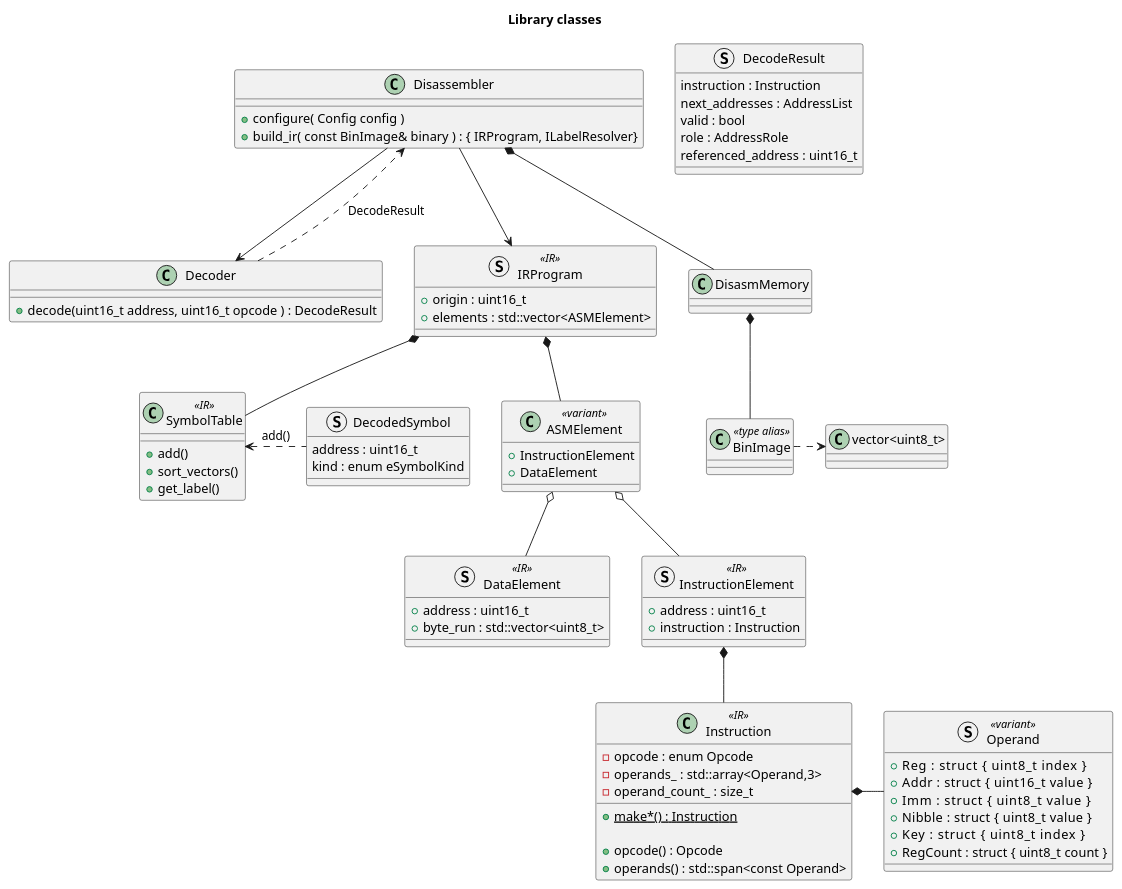
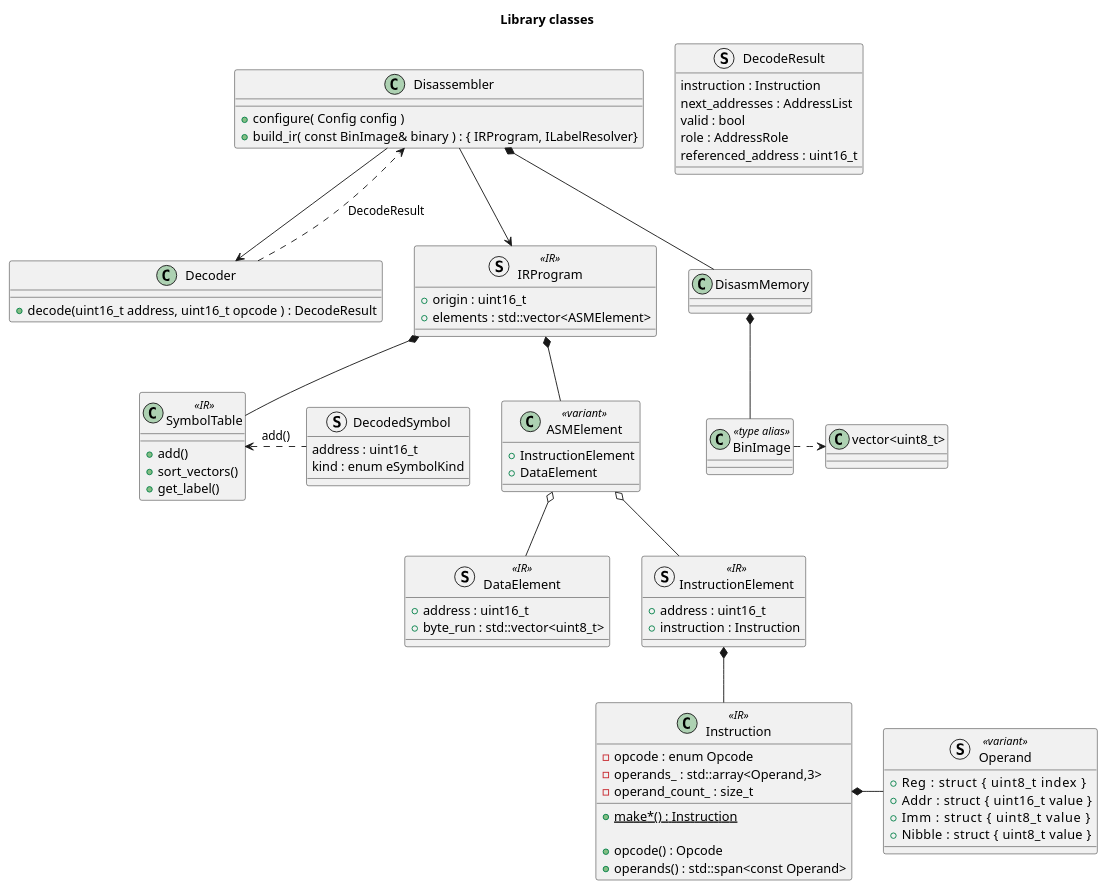
Before and after one commit to alwinl/chip8: the diagram in chip8ir/doc/library_classes.plantuml, drawn with PlantUML.

Commit message:
Key and RegCount are not natural for Chip8

```diff
--- a/chip8ir/doc/library_classes.plantuml
+++ b/chip8ir/doc/library_classes.plantuml
@@ -1,110 +1,108 @@
 @startuml library_classes
 title "Library classes"
 
 struct Operand <<variant>>
 {
 	+Reg      : struct { uint8_t index  }
 	+Addr     : struct { uint16_t value }
 	+Imm      : struct { uint8_t value  }
 	+Nibble   : struct { uint8_t value  }
-	+Key      : struct { uint8_t index  }
-	+RegCount : struct { uint8_t count  }
 }
 
 class Instruction <<IR>>
 {
 	+{static} make*() : Instruction
 
 	+opcode() : Opcode
 	+operands() : std::span<const Operand>
 
 	-opcode : enum Opcode
 	-operands_ : std::array<Operand,3>
 	-operand_count_ : size_t
 }
 
 Instruction *- Operand
 
 struct DataElement <<IR>>
 {
 	+address : uint16_t
 	+byte_run : std::vector<uint8_t>
 }
 
 struct InstructionElement <<IR>>
 {
 	+address : uint16_t
 	+instruction : Instruction
 }
 
 class ASMElement <<variant>>
 {
     +InstructionElement
     +DataElement
 }
 
 struct DecodedSymbol
 {
 	address : uint16_t
 	 kind : enum eSymbolKind
 }
 
 class SymbolTable <<IR>>
 {
 	+add()
 	+sort_vectors()
 	+get_label()
 }
 
 ASMElement o-- DataElement
 ASMElement o-- InstructionElement
 
 InstructionElement *-- Instruction
 
 SymbolTable <. DecodedSymbol : add()
 
 struct IRProgram <<IR>>
 {
     +origin : uint16_t
     +elements : std::vector<ASMElement>
 }
 
 IRProgram *-- ASMElement
 IRProgram *-- SymbolTable
 
 struct DecodeResult
 {
 	instruction : Instruction
 	next_addresses : AddressList
 	valid : bool
 	role : AddressRole
 	referenced_address : uint16_t
 }
 
 class Decoder
 {
 	+decode(uint16_t address, uint16_t opcode ) : DecodeResult
 }
 
 ' Decoder <. DecodeResult
 
 class DisasmMemory
 
 class BinImage <<type alias>>
 BinImage .> "vector<uint8_t>"
 
 class Disassembler
 {
 	+configure( Config config )
 	+build_ir( const BinImage& binary ) : { IRProgram, ILabelResolver}
 }
 
 Disassembler *-- DisasmMemory
 Disassembler --> Decoder
 Disassembler --> IRProgram
 
 
 Decoder ..> Disassembler : DecodeResult
 
 DisasmMemory *-- BinImage
 @enduml
```
